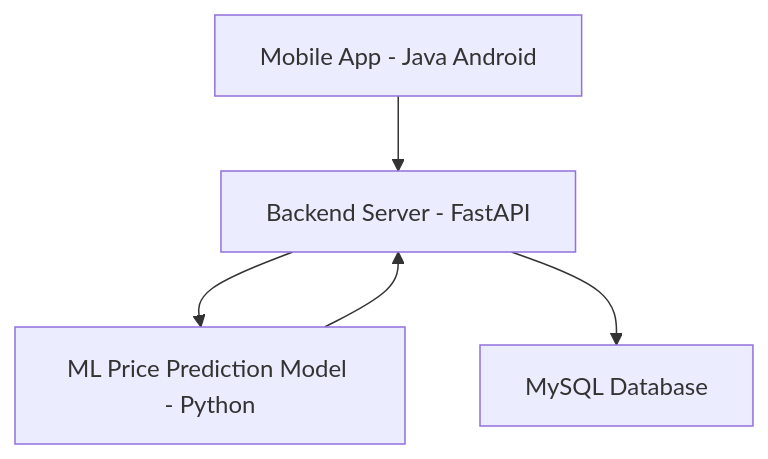
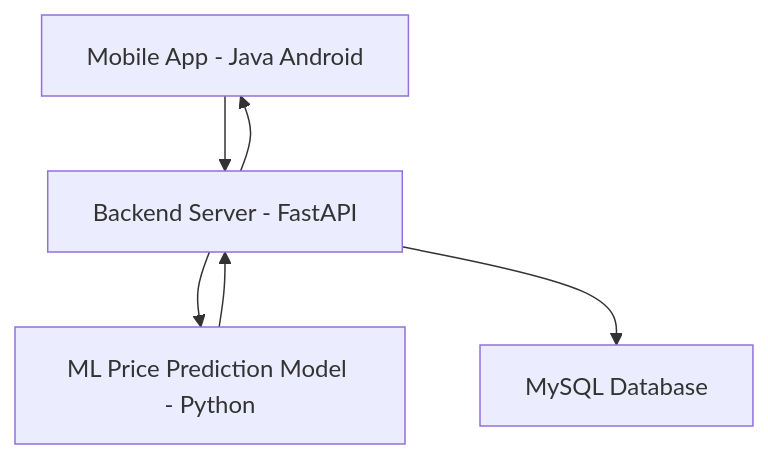
One commit to MorshedNabil/smart-krishi-app changed the diagram in README.md. Above: the diagram before and after it, drawn with Mermaid.

````diff
--- a/README.md
+++ b/README.md
@@ -45,7 +45,8 @@
 ```mermaid
 flowchart TD
     A[Mobile App - Java Android] --> B[Backend Server - FastAPI]
+    B --> A
     B --> C[ML Price Prediction Model - Python]
     C --> B
     B --> D[MySQL Database]
 ```
````
